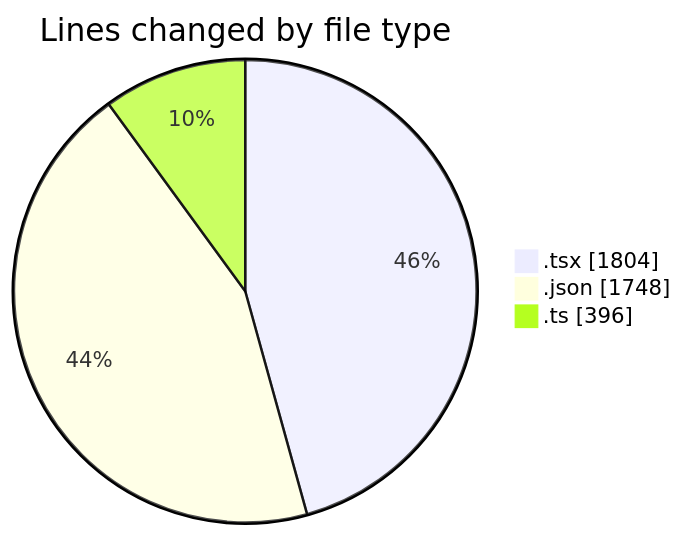
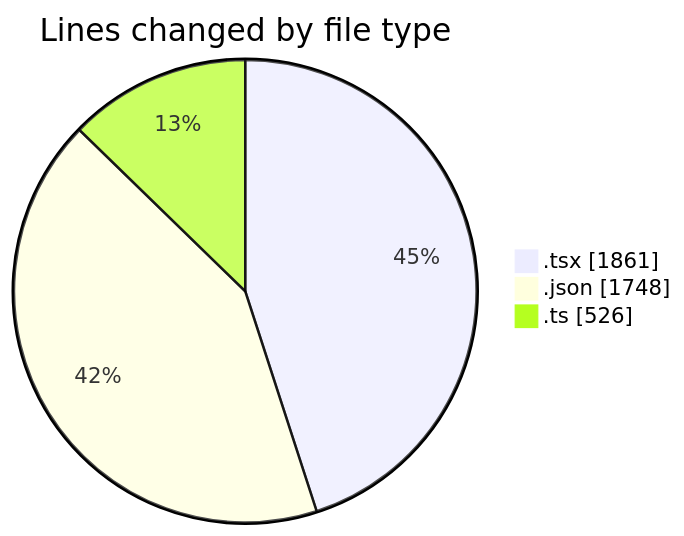
One commit to julien-gomy/code-tracking changed the first of 2 diagrams in 2025-10-30/eventscop-frontend-guide__workspace_/README.md. Above: the diagram before and after it, drawn with Mermaid. The commit also changed other lines of this file and 1 other file, not shown here.

````diff
--- a/2025-10-30/eventscop-frontend-guide__workspace_/README.md
+++ b/2025-10-30/eventscop-frontend-guide__workspace_/README.md
@@ -36,7 +38,7 @@
 ```mermaid
 pie showData
 title Lines changed by file type
-".tsx" : 1804
+".tsx" : 1861
 ".json" : 1748
-".ts" : 396
+".ts" : 526
 ```
````
